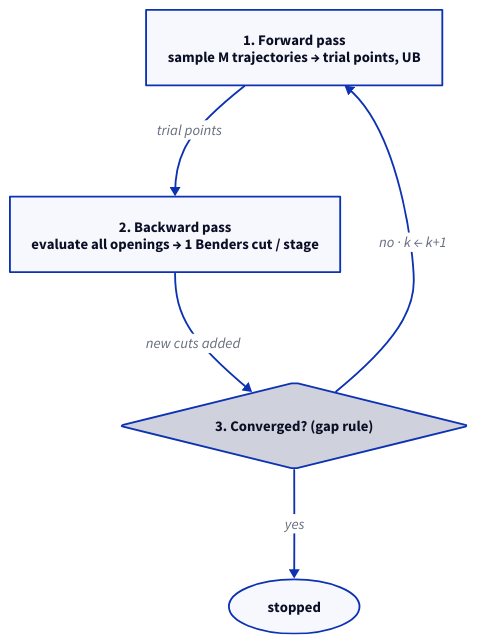
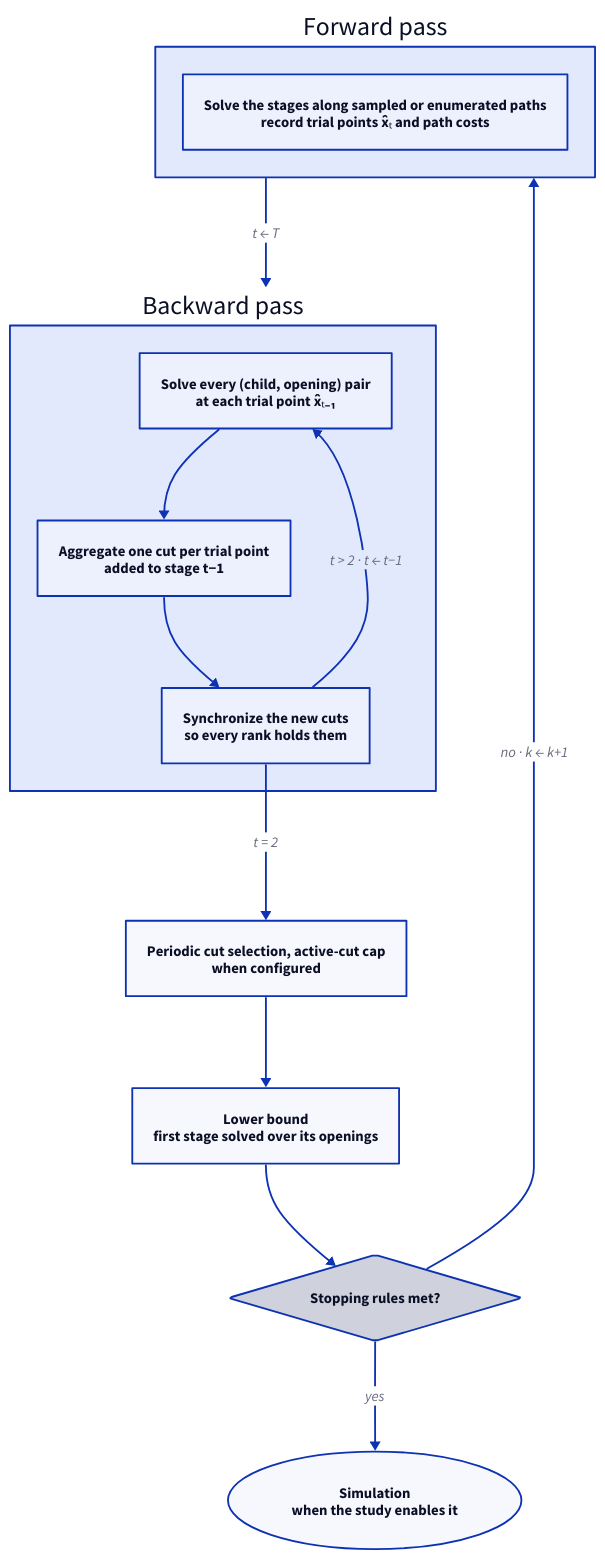
The first of 2 diagrams in src/content/docs/math/sddp-algorithm.mdx (cobre-rs/cobre-docs), drawn with D2 before and after one commit. The commit also changed other lines of this file and 125 other files, not shown here.

````diff
--- a/src/content/docs/math/sddp-algorithm.mdx
+++ b/src/content/docs/math/sddp-algorithm.mdx
@@ -55,13 +51,27 @@
 ```d2
 direction: down
 
-fwd: "1. Forward pass\nsample M trajectories → trial points, UB" {shape: rectangle}
-bwd: "2. Backward pass\nevaluate all openings → 1 Benders cut / stage" {shape: rectangle}
-conv: "3. Converged? (gap rule)" {shape: diamond}
-done: stopped {shape: oval}
+fwd: "Forward pass" {
+  paths: "Solve the stages along sampled or enumerated paths\nrecord trial points x̂ₜ and path costs"
+}
 
-fwd -> bwd: trial points
-bwd -> conv: new cuts added
-conv -> fwd: no · k ← k+1
-conv -> done: yes
+bwd: "Backward pass" {
+  solve: "Solve every (child, opening) pair\nat each trial point x̂ₜ₋₁"
+  agg: "Aggregate one cut per trial point\nadded to stage t−1"
+  sync: "Synchronize the new cuts\nso every rank holds them"
+  solve -> agg -> sync
+  sync -> solve: "t > 2 · t ← t−1"
+}
+
+sel: "Periodic cut selection, active-cut cap\nwhen configured"
+lb: "Lower bound\nfirst stage solved over its openings"
+stop: "Stopping rules met?" {shape: diamond}
+sim: "Simulation\nwhen the study enables it" {shape: oval}
+
+fwd -> bwd: "t ← T"
+bwd.sync -> sel: "t = 2"
+sel -> lb
+lb -> stop
+stop -> fwd: "no · k ← k+1"
+stop -> sim: "yes"
 ```
````
